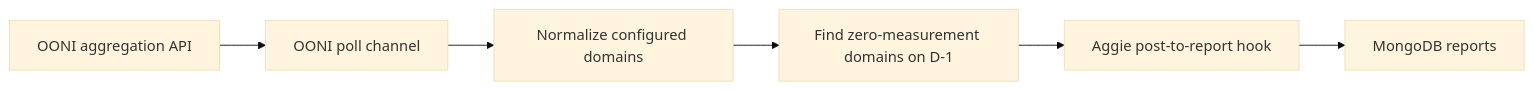
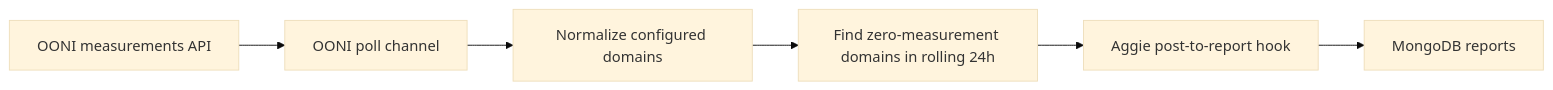
The diagram in docs/everythingaboutooni.md (InetIntel/Aggie), drawn with Mermaid (base theme) before and after one commit. The commit also changed other lines of this file and 13 other files, not shown here.

First line of the commit message:
Use rolling OONI windows and add project handoff

````diff
--- a/docs/everythingaboutooni.md
+++ b/docs/everythingaboutooni.md
@@ -18,8 +18,8 @@
 ```mermaid
 flowchart LR
-    A[OONI aggregation API] --> B[OONI poll channel]
+    A[OONI measurements API] --> B[OONI poll channel]
   B --> C[Normalize configured domains]
-  C --> D[Find zero-measurement domains on D-1]
+  C --> D[Find zero-measurement domains in rolling 24h]
     D --> E[Aggie post-to-report hook]
     E --> F[MongoDB reports]
 ```
````
